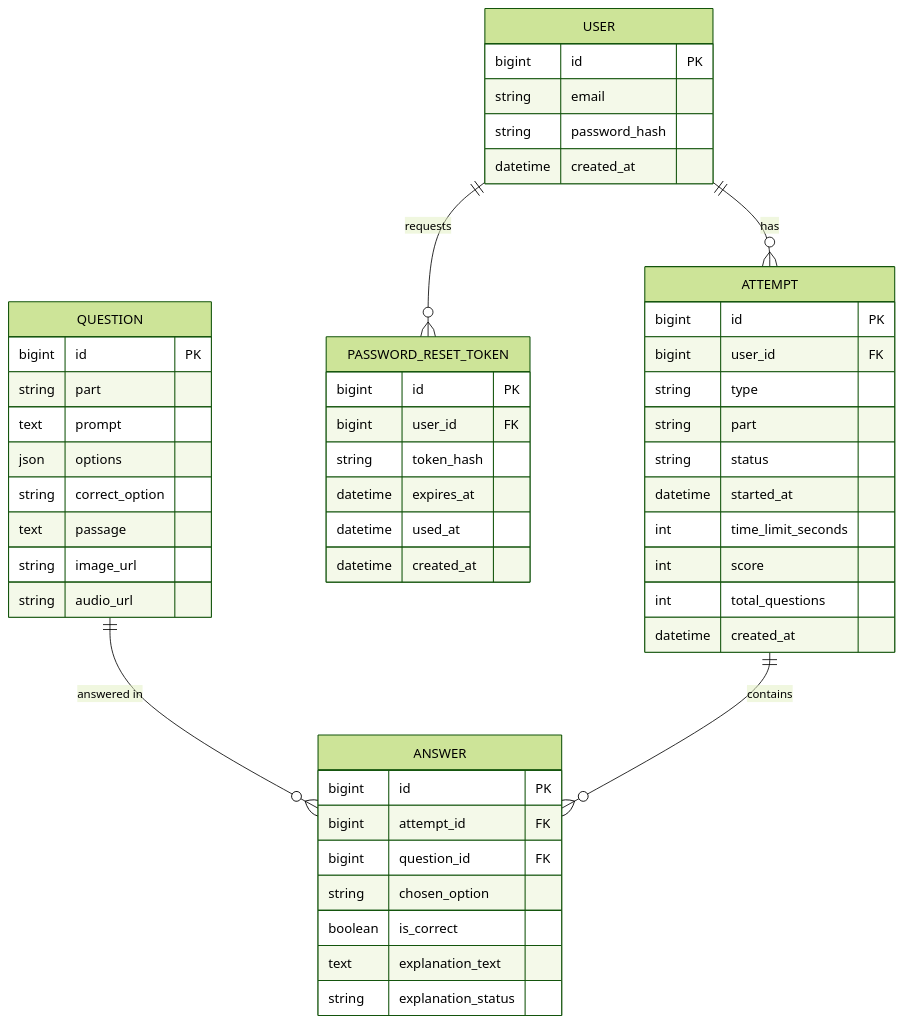
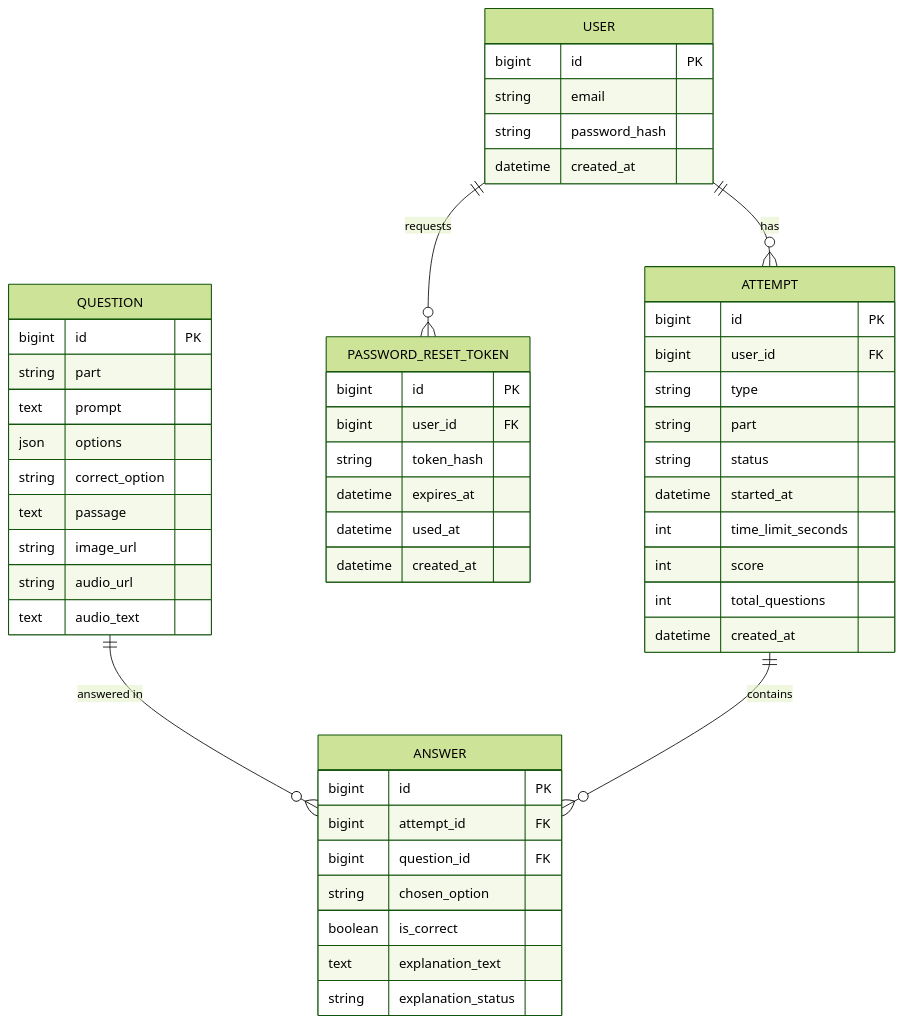
The diagram in chapter-05-ai-for-software-design-architecture/design/data-model.mmd (Thuyan7/EngCoach.), drawn with Mermaid (forest theme) before and after one commit. The commit also changed 11 other files, not shown here.

```diff
--- a/chapter-05-ai-for-software-design-architecture/design/data-model.mmd
+++ b/chapter-05-ai-for-software-design-architecture/design/data-model.mmd
@@ -1,51 +1,52 @@
 erDiagram
     USER ||--o{ ATTEMPT : has
     USER ||--o{ PASSWORD_RESET_TOKEN : requests
     QUESTION ||--o{ ANSWER : "answered in"
     ATTEMPT ||--o{ ANSWER : contains
 
     USER {
         bigint id PK
         string email
         string password_hash
         datetime created_at
     }
     PASSWORD_RESET_TOKEN {
         bigint id PK
         bigint user_id FK
         string token_hash
         datetime expires_at
         datetime used_at
         datetime created_at
     }
     QUESTION {
         bigint id PK
         string part
         text prompt
         json options
         string correct_option
         text passage
         string image_url
         string audio_url
+        text audio_text
     }
     ATTEMPT {
         bigint id PK
         bigint user_id FK
         string type
         string part
         string status
         datetime started_at
         int time_limit_seconds
         int score
         int total_questions
         datetime created_at
     }
     ANSWER {
         bigint id PK
         bigint attempt_id FK
         bigint question_id FK
         string chosen_option
         boolean is_correct
         text explanation_text
         string explanation_status
     }
```
